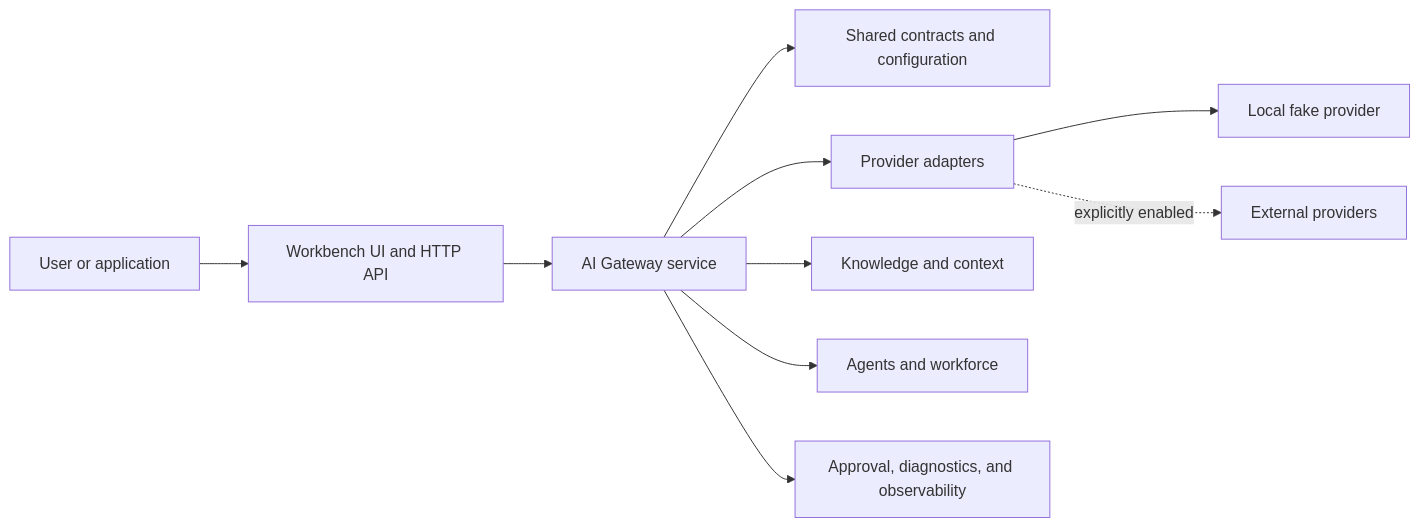
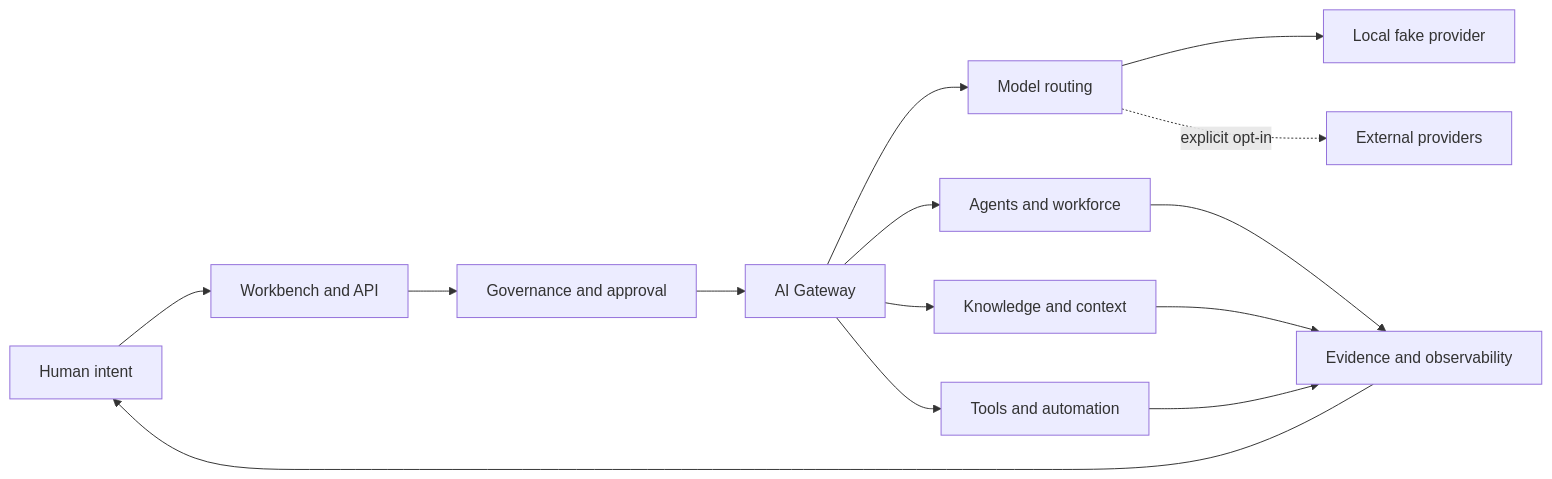
Before and after one commit to happy520ai/unified-ai-system: the diagram in README.md, drawn with Mermaid. The commit also changed other lines of this file, not shown here.

````diff
--- a/README.md
+++ b/README.md
@@ -91,12 +163,16 @@
 ```mermaid
 flowchart LR
-    U["User or application"] --> H["Workbench UI and HTTP API"]
-    H --> G["AI Gateway service"]
-    G --> C["Shared contracts and configuration"]
-    G --> P["Provider adapters"]
-    G --> K["Knowledge and context"]
-    G --> A["Agents and workforce"]
-    G --> O["Approval, diagnostics, and observability"]
-    P --> L["Local fake provider"]
-    P -. "explicitly enabled" .-> R["External providers"]
+    H["Human intent"] --> W["Workbench and API"]
+    W --> G["Governance and approval"]
+    G --> R["AI Gateway"]
+    R --> M["Model routing"]
+    R --> A["Agents and workforce"]
+    R --> K["Knowledge and context"]
+    R --> T["Tools and automation"]
+    M --> L["Local fake provider"]
+    M -. "explicit opt-in" .-> P["External providers"]
+    A --> E["Evidence and observability"]
+    K --> E
+    T --> E
+    E --> H
 ```
````
